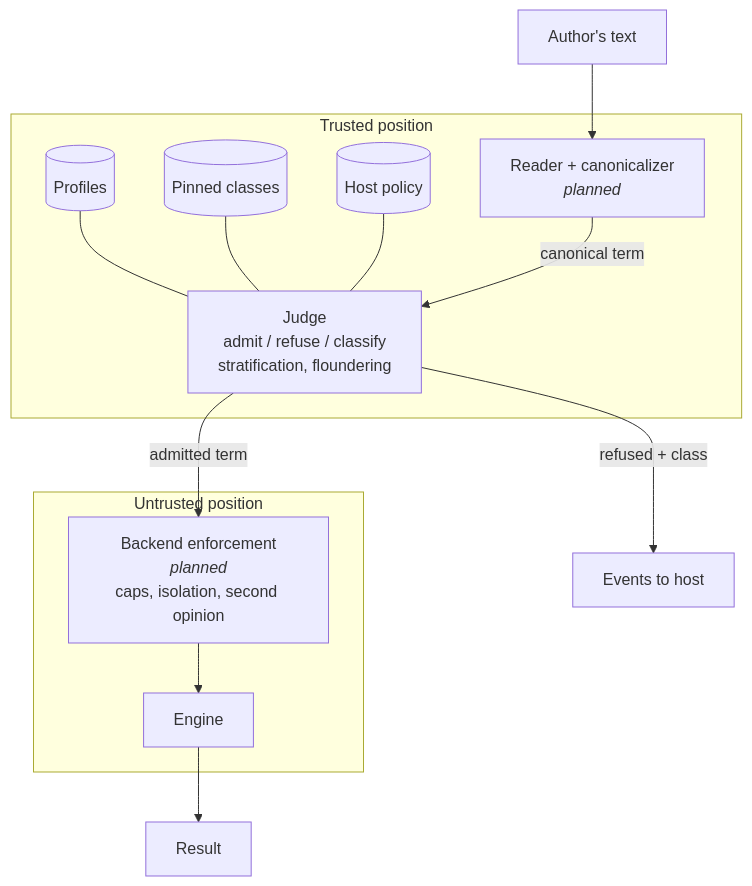
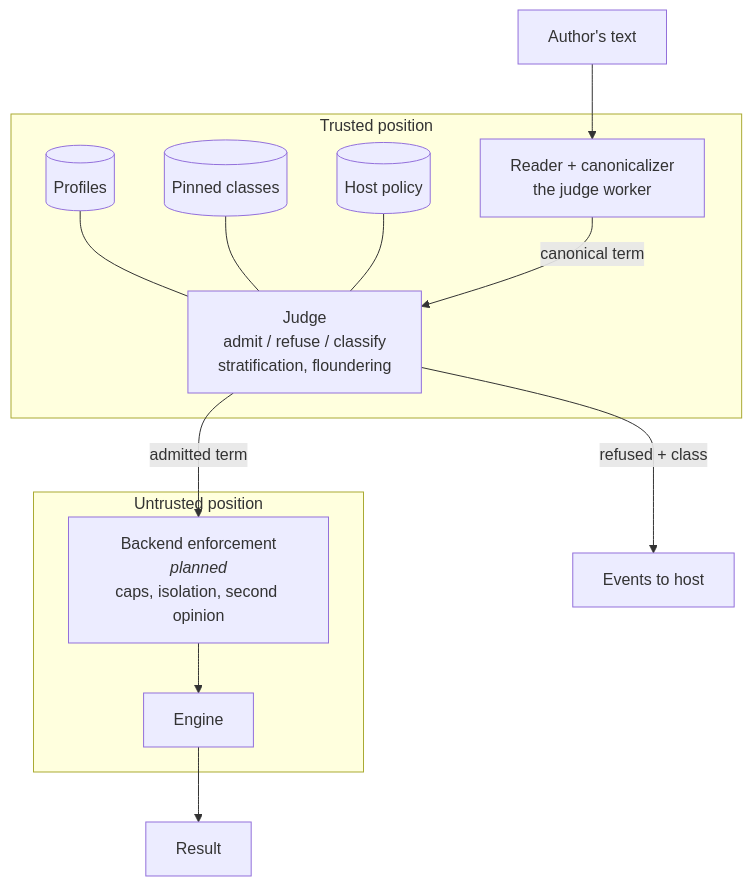
One commit to DataGrout/hornguard changed the first of 3 diagrams in docs/architecture.md. Above: the diagram before and after it, drawn with Mermaid. The commit also changed other lines of this file and 21 other files, not shown here.

````diff
--- a/docs/architecture.md
+++ b/docs/architecture.md
@@ -48,19 +48,19 @@
 ```mermaid
 flowchart TB
     T[Author's text] --> RD
     subgraph trusted [Trusted position]
-        RD[Reader + canonicalizer<br/><i>planned</i>]
+        RD[Reader + canonicalizer<br/>the judge worker]
         JD[Judge<br/>admit / refuse / classify<br/>stratification, floundering]
         PR[(Profiles)] --- JD
         PN[(Pinned classes)] --- JD
         HP[(Host policy)] --- JD
     end
     RD -->|canonical term| JD
     subgraph untrusted [Untrusted position]
         BE[Backend enforcement<br/><i>planned</i><br/>caps, isolation, second opinion]
         EN[Engine]
     end
     JD -->|admitted term| BE --> EN
     JD -->|refused + class| EV[Events to host]
     EN --> RS[Result]
 ```
````
